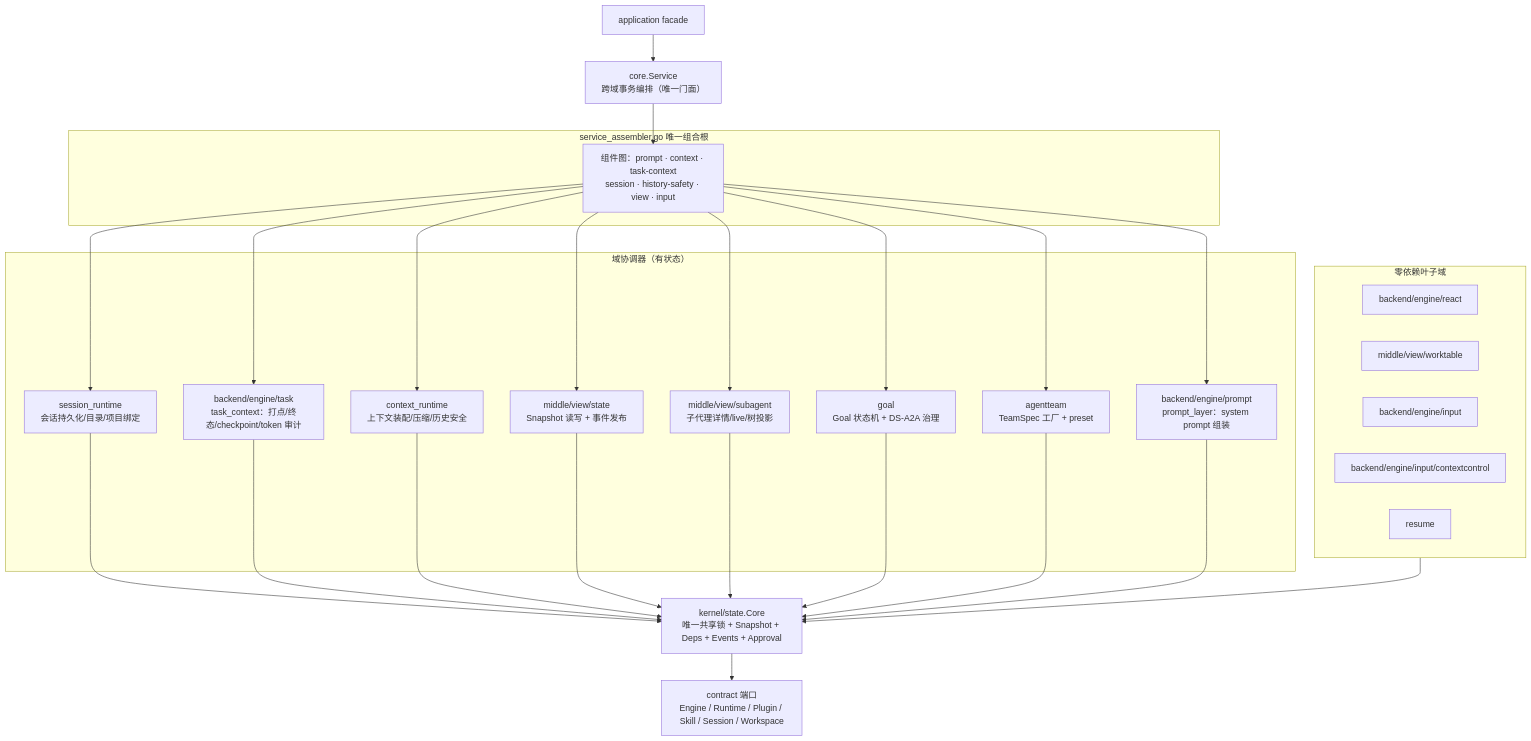
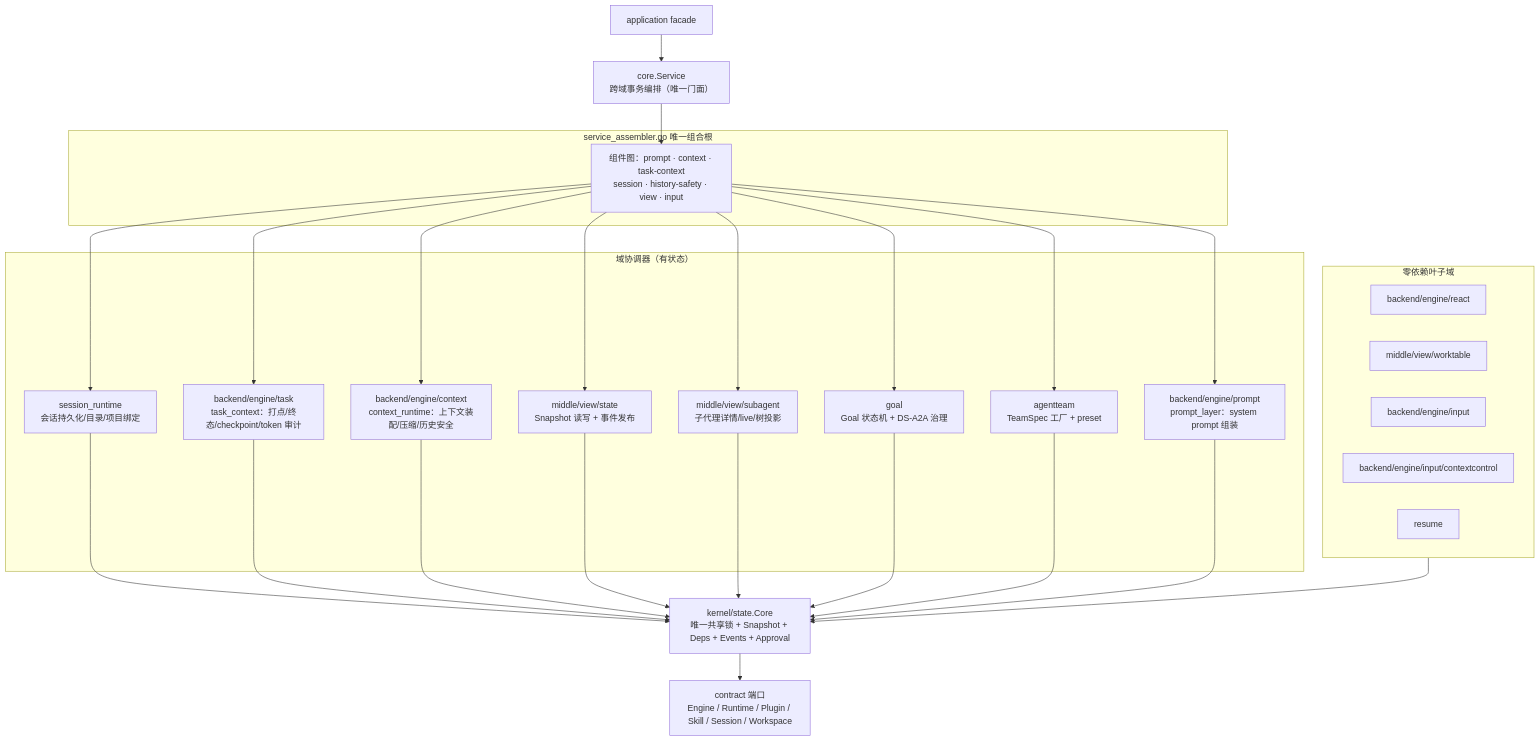
The first of 4 diagrams in application/core/README.md (RedHuang-0622/seelex), drawn with Mermaid before and after one commit. The commit also changed other lines of this file and 55 other files, not shown here.

First line of the commit message:
refactor(arch): M5-R7e context_runtime 整包归位 backend/engine/context（plan §2.5）

````diff
--- a/application/core/README.md
+++ b/application/core/README.md
@@ -44,51 +47,51 @@
 ```mermaid
 flowchart TB
     FACADE["application facade"] --> SVC["core.Service<br/>跨域事务编排（唯一门面）"]
 
     subgraph ASSEMBLER["service_assembler.go 唯一组合根"]
         COMP["组件图：prompt · context · task-context<br/>session · history-safety · view · input"]
     end
 
     SVC --> COMP
 
     subgraph DOMAIN["域协调器（有状态）"]
         SR["session_runtime<br/>会话持久化/目录/项目绑定"]
         TC["backend/engine/task<br/>task_context：打点/终态/checkpoint/token 审计"]
-        CR["context_runtime<br/>上下文装配/压缩/历史安全"]
+        CR["backend/engine/context<br/>context_runtime：上下文装配/压缩/历史安全"]
         VS["middle/view/state<br/>Snapshot 读写 + 事件发布"]
         SV["middle/view/subagent<br/>子代理详情/live/树投影"]
         GOAL["goal<br/>Goal 状态机 + DS-A2A 治理"]
         TEAM["agentteam<br/>TeamSpec 工厂 + preset"]
         PL["backend/engine/prompt<br/>prompt_layer：system prompt 组装"]
     end
 
     subgraph LEAF["零依赖叶子域"]
         CHAT["backend/engine/react"]
         WT["middle/view/worktable"]
         IR["backend/engine/input"]
         CC["backend/engine/input/contextcontrol"]
         RES["resume"]
     end
 
     ST["kernel/state.Core<br/>唯一共享锁 + Snapshot + Deps + Events + Approval"]
     PORTS["contract 端口<br/>Engine / Runtime / Plugin / Skill / Session / Workspace"]
 
     COMP --> SR
     COMP --> TC
     COMP --> CR
     COMP --> VS
     COMP --> SV
     COMP --> GOAL
     COMP --> TEAM
     COMP --> PL
     SR --> ST
     TC --> ST
     CR --> ST
     VS --> ST
     SV --> ST
     GOAL --> ST
     TEAM --> ST
     PL --> ST
     LEAF --> ST
     ST --> PORTS
 ```
````
